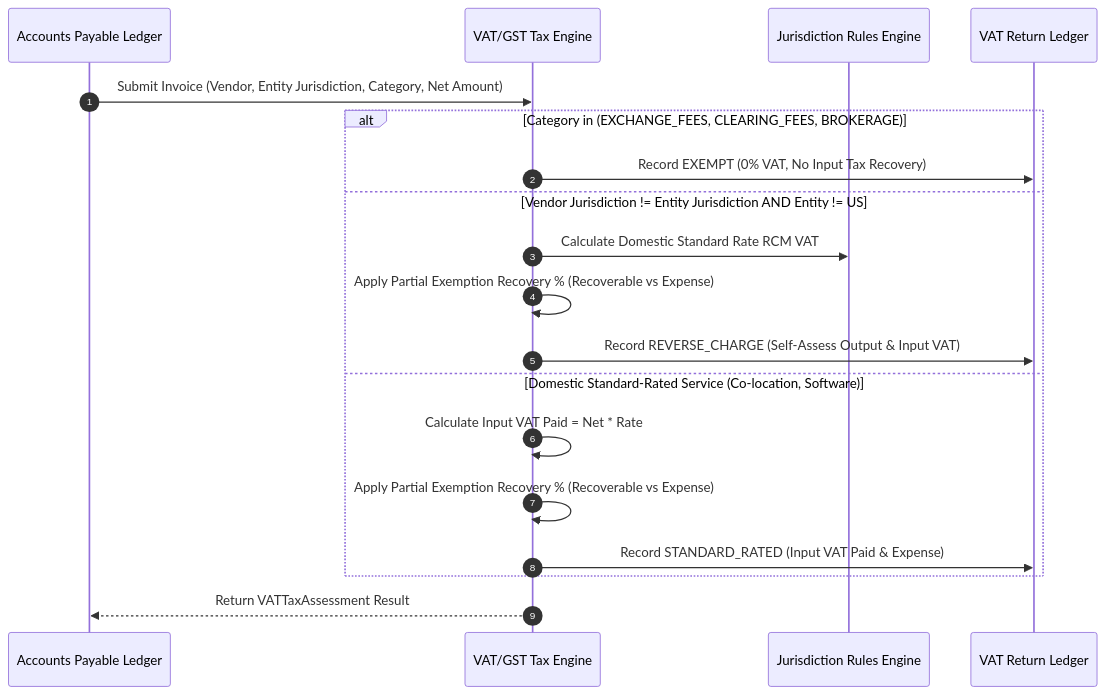
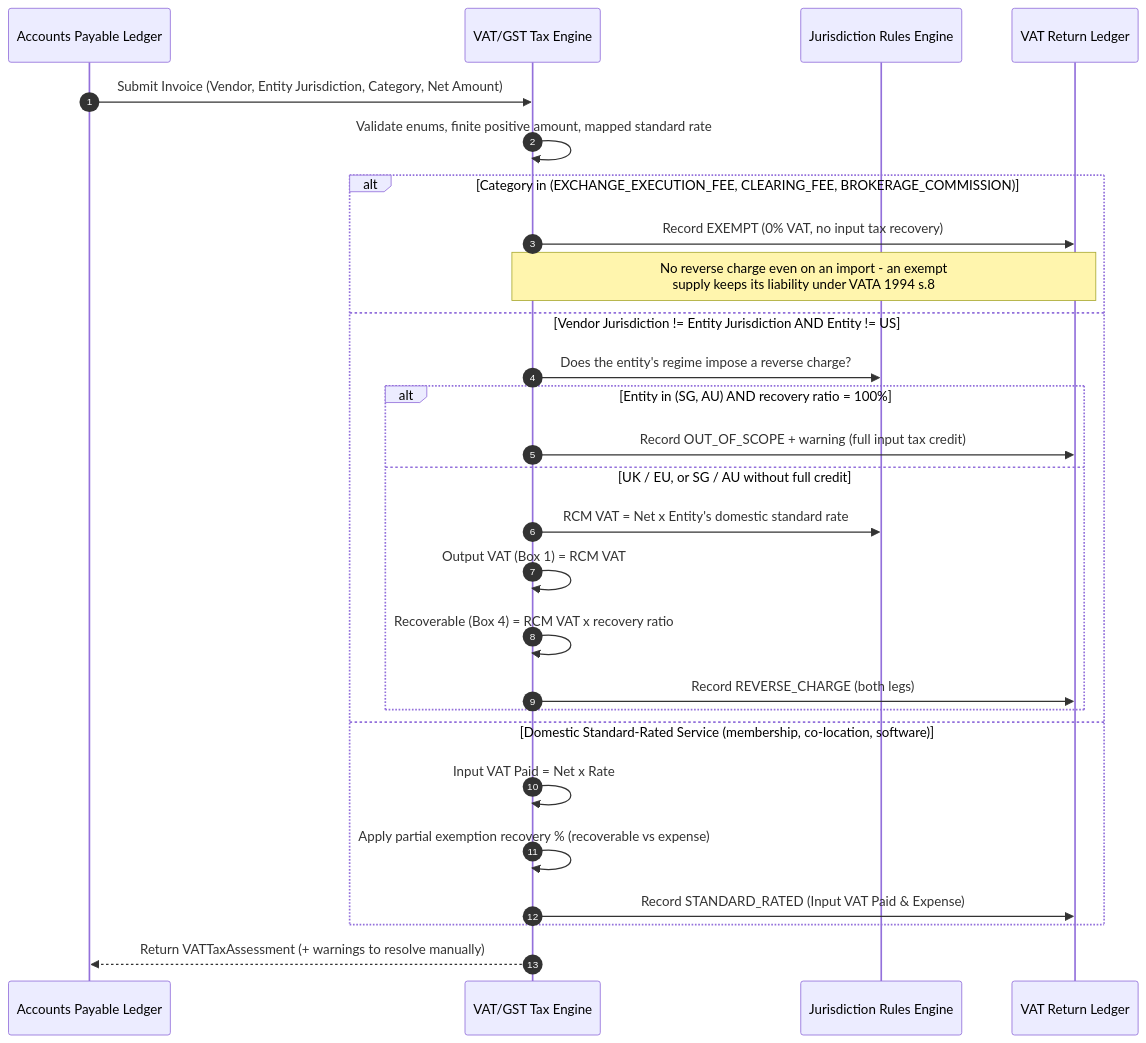
The first of 2 diagrams in skills/vat-gst-treatment-of-trading-related-services/references/workflows.md (HimanshuJ16/Algo-Trading-Skills), drawn with Mermaid before and after one commit. The commit also changed other lines of this file and 443 other files, not shown here.

````diff
--- a/skills/vat-gst-treatment-of-trading-related-services/references/workflows.md
+++ b/skills/vat-gst-treatment-of-trading-related-services/references/workflows.md
@@ -4,24 +4,32 @@
 ```mermaid
 sequenceDiagram
     autonumber
     participant AP as Accounts Payable Ledger
     participant Engine as VAT/GST Tax Engine
     participant Rules as Jurisdiction Rules Engine
     participant TaxDB as VAT Return Ledger
 
     AP->>Engine: Submit Invoice (Vendor, Entity Jurisdiction, Category, Net Amount)
-    
-    alt Category in (EXCHANGE_FEES, CLEARING_FEES, BROKERAGE)
-        Engine->>TaxDB: Record EXEMPT (0% VAT, No Input Tax Recovery)
+    Engine->>Engine: Validate enums, finite positive amount, mapped standard rate
+
+    alt Category in (EXCHANGE_EXECUTION_FEE, CLEARING_FEE, BROKERAGE_COMMISSION)
+        Engine->>TaxDB: Record EXEMPT (0% VAT, no input tax recovery)
+        Note over Engine,TaxDB: No reverse charge even on an import - an exempt<br/>supply keeps its liability under VATA 1994 s.8
     else Vendor Jurisdiction != Entity Jurisdiction AND Entity != US
-        Engine->>Rules: Calculate Domestic Standard Rate RCM VAT
-        Engine->>Engine: Apply Partial Exemption Recovery % (Recoverable vs Expense)
-        Engine->>TaxDB: Record REVERSE_CHARGE (Self-Assess Output & Input VAT)
-    else Domestic Standard-Rated Service (Co-location, Software)
-        Engine->>Engine: Calculate Input VAT Paid = Net * Rate
-        Engine->>Engine: Apply Partial Exemption Recovery % (Recoverable vs Expense)
+        Engine->>Rules: Does the entity's regime impose a reverse charge?
+        alt Entity in (SG, AU) AND recovery ratio = 100%
+            Engine->>TaxDB: Record OUT_OF_SCOPE + warning (full input tax credit)
+        else UK / EU, or SG / AU without full credit
+            Engine->>Rules: RCM VAT = Net x Entity's domestic standard rate
+            Engine->>Engine: Output VAT (Box 1) = RCM VAT
+            Engine->>Engine: Recoverable (Box 4) = RCM VAT x recovery ratio
+            Engine->>TaxDB: Record REVERSE_CHARGE (both legs)
+        end
+    else Domestic Standard-Rated Service (membership, co-location, software)
+        Engine->>Engine: Input VAT Paid = Net x Rate
+        Engine->>Engine: Apply partial exemption recovery % (recoverable vs expense)
         Engine->>TaxDB: Record STANDARD_RATED (Input VAT Paid & Expense)
     end
 
-    Engine-->>AP: Return VATTaxAssessment Result
+    Engine-->>AP: Return VATTaxAssessment (+ warnings to resolve manually)
 ```
````
